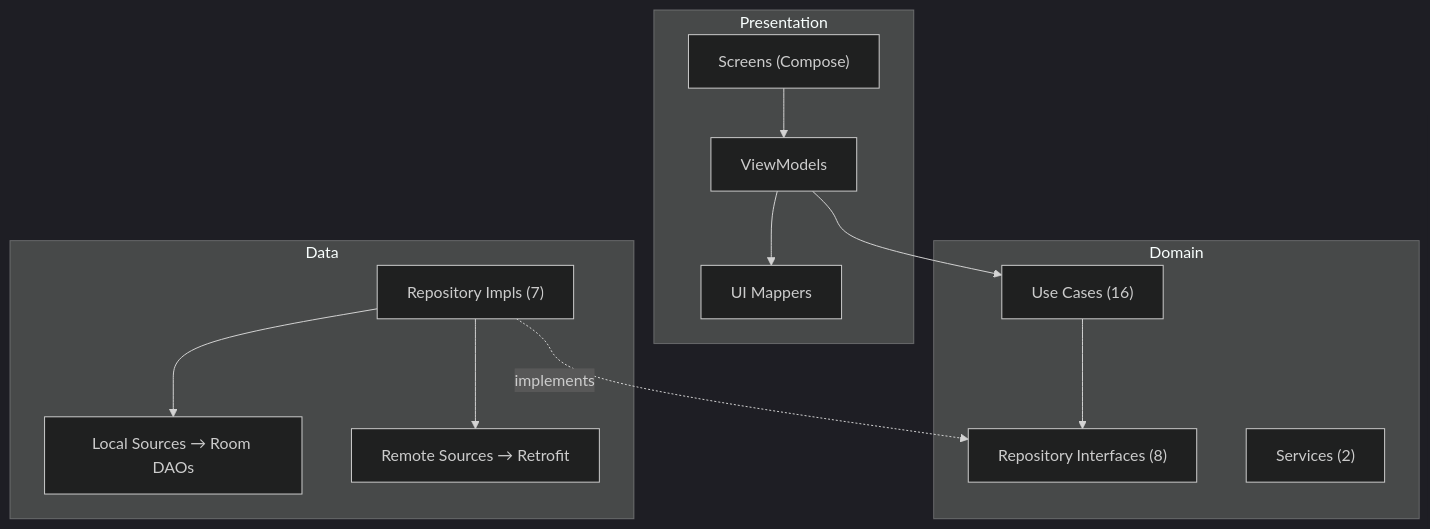
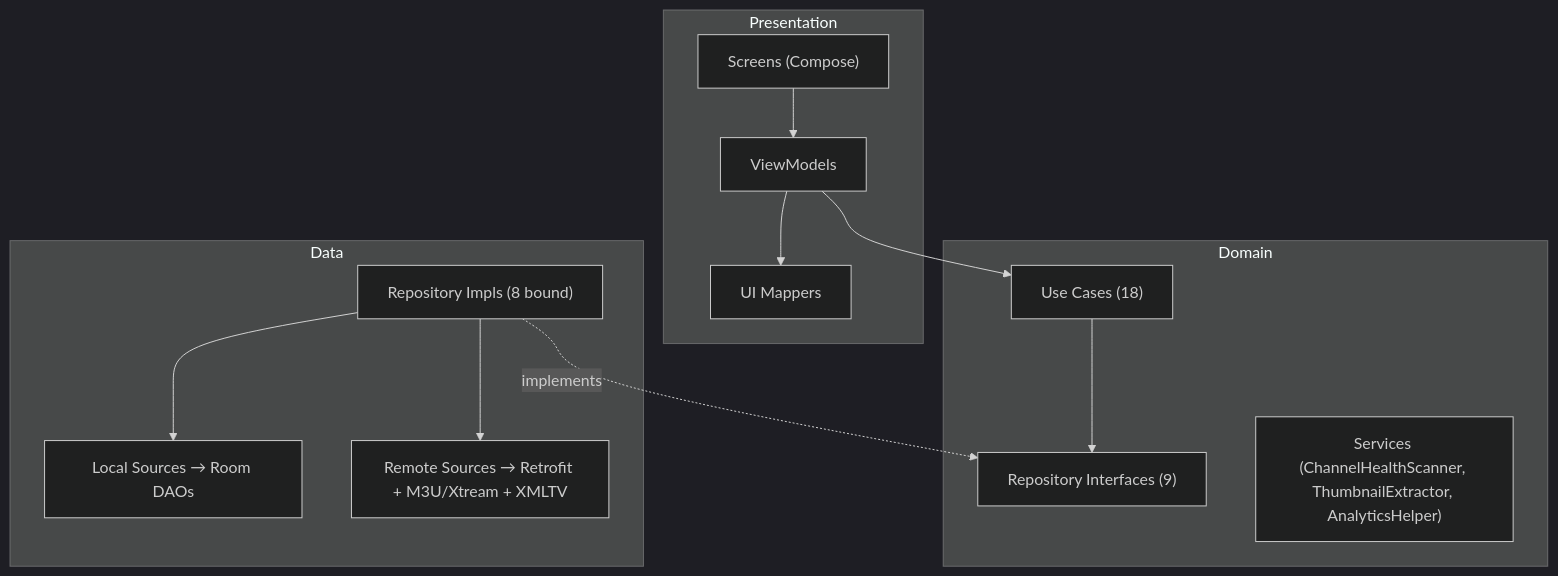
One commit to akshaynikhare/FireVisionIPTV changed the first of 4 diagrams in docs/ARCHITECTURE.md. Above: the diagram before and after it, drawn with Mermaid (dark theme). The commit also changed other lines of this file and 2 other files, not shown here.

Commit message:
docs: update API and architecture documentation to reflect recent changes in endpoints and components

````diff
--- a/docs/ARCHITECTURE.md
+++ b/docs/ARCHITECTURE.md
@@ -5,25 +5,25 @@
 ```mermaid
 graph TB
     subgraph Presentation
         Screens["Screens (Compose)"] --> ViewModels
         ViewModels --> UiMappers["UI Mappers"]
     end
 
     subgraph Domain
-        UseCases["Use Cases (16)"]
-        RepoInterfaces["Repository Interfaces (8)"]
-        Services["Services (2)"]
+        UseCases["Use Cases (18)"]
+        RepoInterfaces["Repository Interfaces (9)"]
+        Services["Services (ChannelHealthScanner, ThumbnailExtractor, AnalyticsHelper)"]
         UseCases --> RepoInterfaces
     end
 
     subgraph Data
-        RepoImpls["Repository Impls (7)"]
+        RepoImpls["Repository Impls (8 bound)"]
         LocalSources["Local Sources → Room DAOs"]
-        RemoteSources["Remote Sources → Retrofit"]
+        RemoteSources["Remote Sources → Retrofit + M3U/Xtream + XMLTV"]
         RepoImpls --> LocalSources
         RepoImpls --> RemoteSources
     end
 
     ViewModels --> UseCases
     RepoImpls -.implements.-> RepoInterfaces
 ```
````
